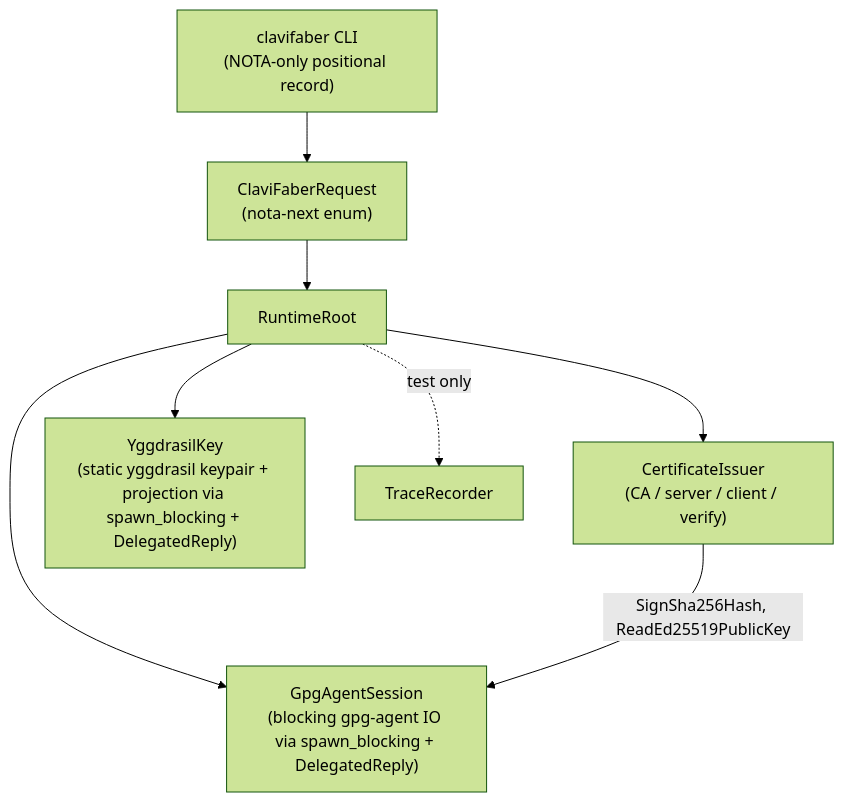
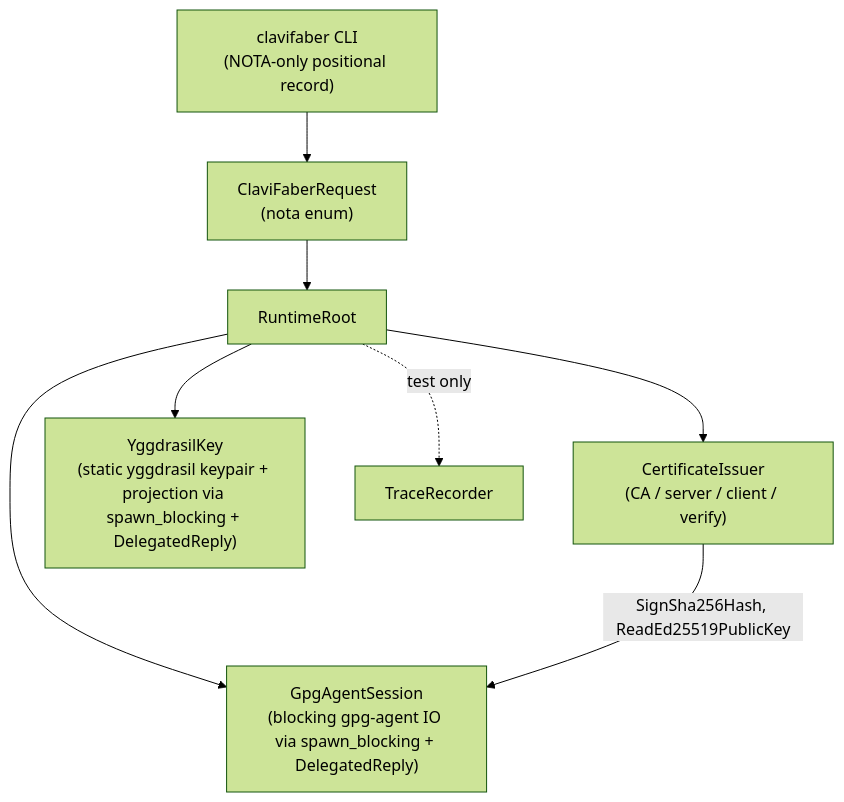
The diagram in ARCHITECTURE.md (LiGoldragon/clavifaber), drawn with Mermaid (forest theme) before and after one commit. The commit also changed 1 other file, not shown here.

Commit message:
clavifaber: remove legacy next residue
Model: Codex GPT-5

````diff
--- a/ARCHITECTURE.md
+++ b/ARCHITECTURE.md
@@ -74,11 +74,11 @@
 ```mermaid
 flowchart TB
-    cli["clavifaber CLI<br/>(NOTA-only positional record)"] --> request["ClaviFaberRequest<br/>(nota-next enum)"]
+    cli["clavifaber CLI<br/>(NOTA-only positional record)"] --> request["ClaviFaberRequest<br/>(nota enum)"]
     request --> root["RuntimeRoot"]
     root --> certificate_issuer["CertificateIssuer<br/>(CA / server / client / verify)"]
     root --> gpg_agent_session["GpgAgentSession<br/>(blocking gpg-agent IO via spawn_blocking + DelegatedReply)"]
     root --> yggdrasil_key["YggdrasilKey<br/>(static yggdrasil keypair + projection via spawn_blocking + DelegatedReply)"]
     root -. test only .-> trace_recorder["TraceRecorder"]
 
     certificate_issuer -->|SignSha256Hash, ReadEd25519PublicKey| gpg_agent_session
 ```
````
